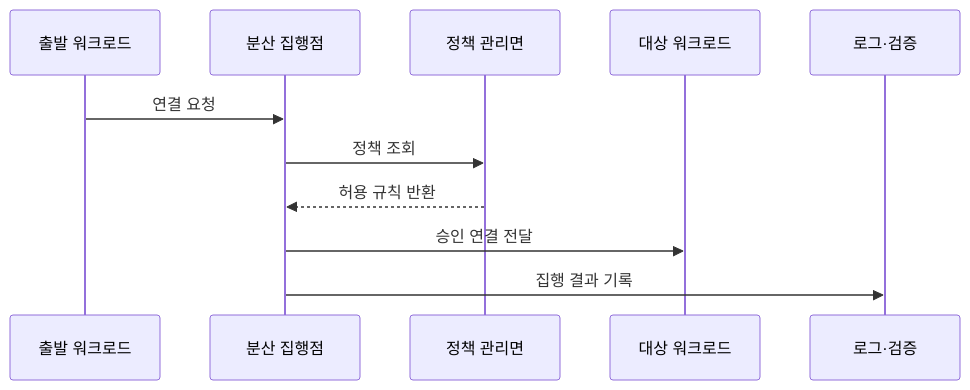
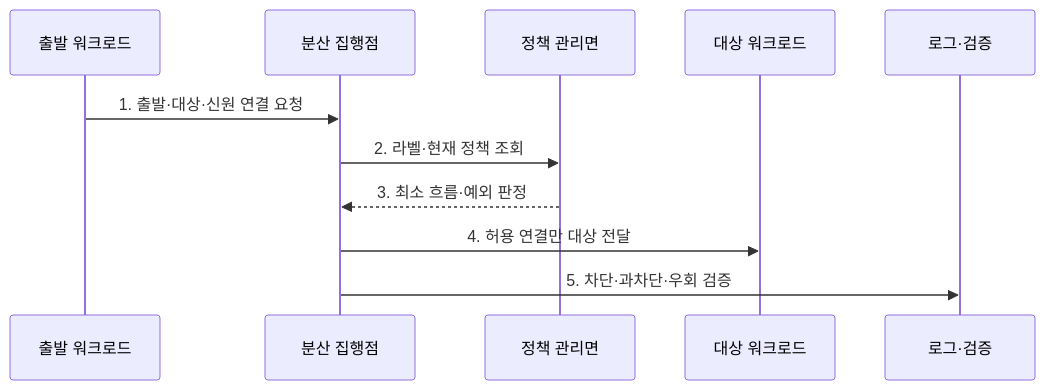
Before and after one commit to agnusdei1207/knowledge-base: the second of 2 diagrams in src/content/docs/notes/05-security/065_micro_segmentation.md, drawn with Mermaid. The commit also changed other lines of this file and 7 other files, not shown here.

````diff
--- a/src/content/docs/notes/05-security/065_micro_segmentation.md
+++ b/src/content/docs/notes/05-security/065_micro_segmentation.md
@@ -83,13 +84,13 @@
 ```mermaid
 sequenceDiagram
     participant S as 출발 워크로드
     participant E as 분산 집행점
     participant P as 정책 관리면
     participant D as 대상 워크로드
     participant L as 로그·검증
-    S->>E: 연결 요청
-    E->>P: 정책 조회
-    P-->>E: 허용 규칙 반환
-    E->>D: 승인 연결 전달
-    E->>L: 집행 결과 기록
+    S->>E: 1. 출발·대상·신원 연결 요청
+    E->>P: 2. 라벨·현재 정책 조회
+    P-->>E: 3. 최소 흐름·예외 판정
+    E->>D: 4. 허용 연결만 대상 전달
+    E->>L: 5. 차단·과차단·우회 검증
 ```
````
